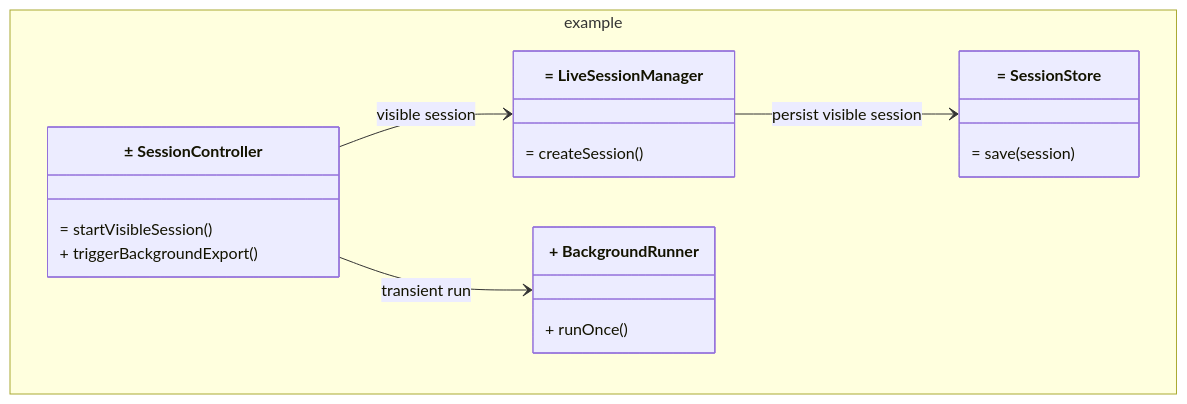
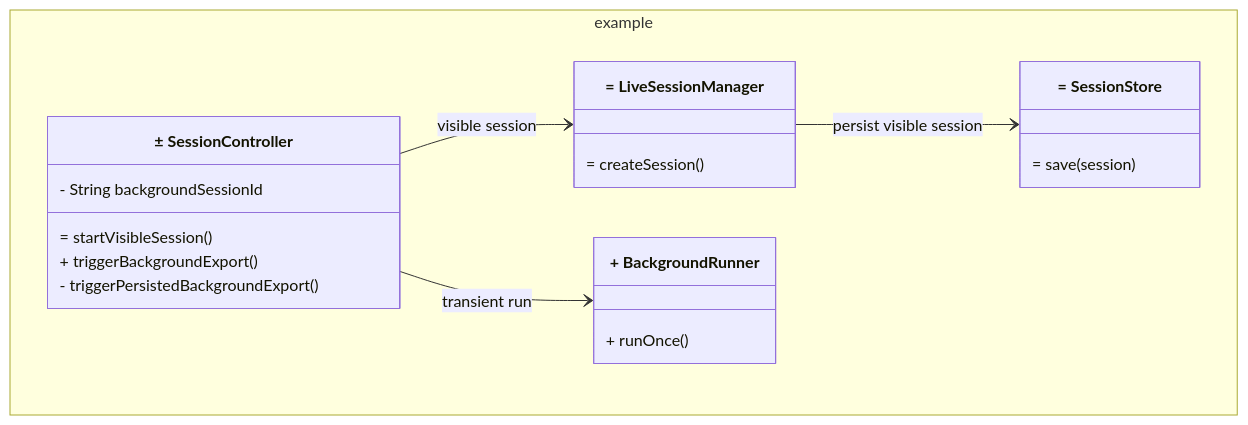
One commit to dpolivaev/spec-loop changed the third of 4 diagrams in skills/spec-loop-prepare-execution-approval/examples/example-task-session-state-boundary.md. Above: the diagram before and after it, drawn with Mermaid. The commit also changed other lines of this file and 11 other files, not shown here.

````diff
--- a/skills/spec-loop-prepare-execution-approval/examples/example-task-session-state-boundary.md
+++ b/skills/spec-loop-prepare-execution-approval/examples/example-task-session-state-boundary.md
@@ -81,21 +90,23 @@
   ```mermaid
   classDiagram
       namespace example {
           class SessionController["± SessionController"] {
               = startVisibleSession()
               + triggerBackgroundExport()
+              - triggerPersistedBackgroundExport()
+              - String backgroundSessionId
           }
           class LiveSessionManager["= LiveSessionManager"] {
               = createSession()
           }
           class BackgroundRunner["+ BackgroundRunner"] {
               + runOnce()
           }
           class SessionStore["= SessionStore"] {
               = save(session)
           }
       }
       SessionController --> LiveSessionManager : visible session
       SessionController --> BackgroundRunner : transient run
       LiveSessionManager --> SessionStore : persist visible session
   ```
````
